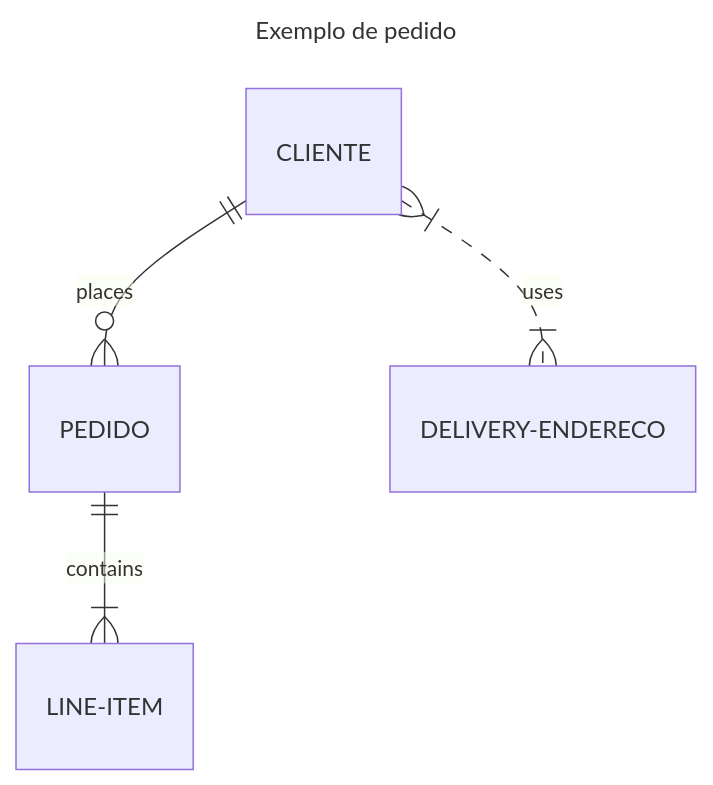
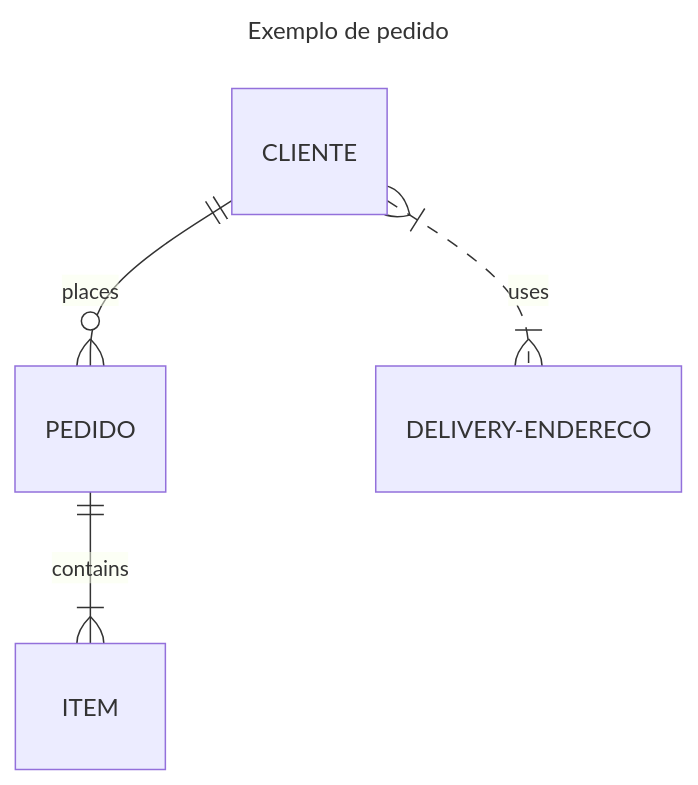
The diagram in README.md (lanmeb/modelagem), drawn with Mermaid before and after one commit.

````diff
--- a/README.md
+++ b/README.md
@@ -47,9 +47,9 @@
 ```mermaid 
 ---
 title: Exemplo de pedido
 ---
 erDiagram
     CLIENTE ||--o{ PEDIDO : places
-    PEDIDO ||--|{ LINE-ITEM : contains
+    PEDIDO ||--|{ ITEM : contains
     CLIENTE }|..|{ DELIVERY-ENDERECO : uses
 ```
````
